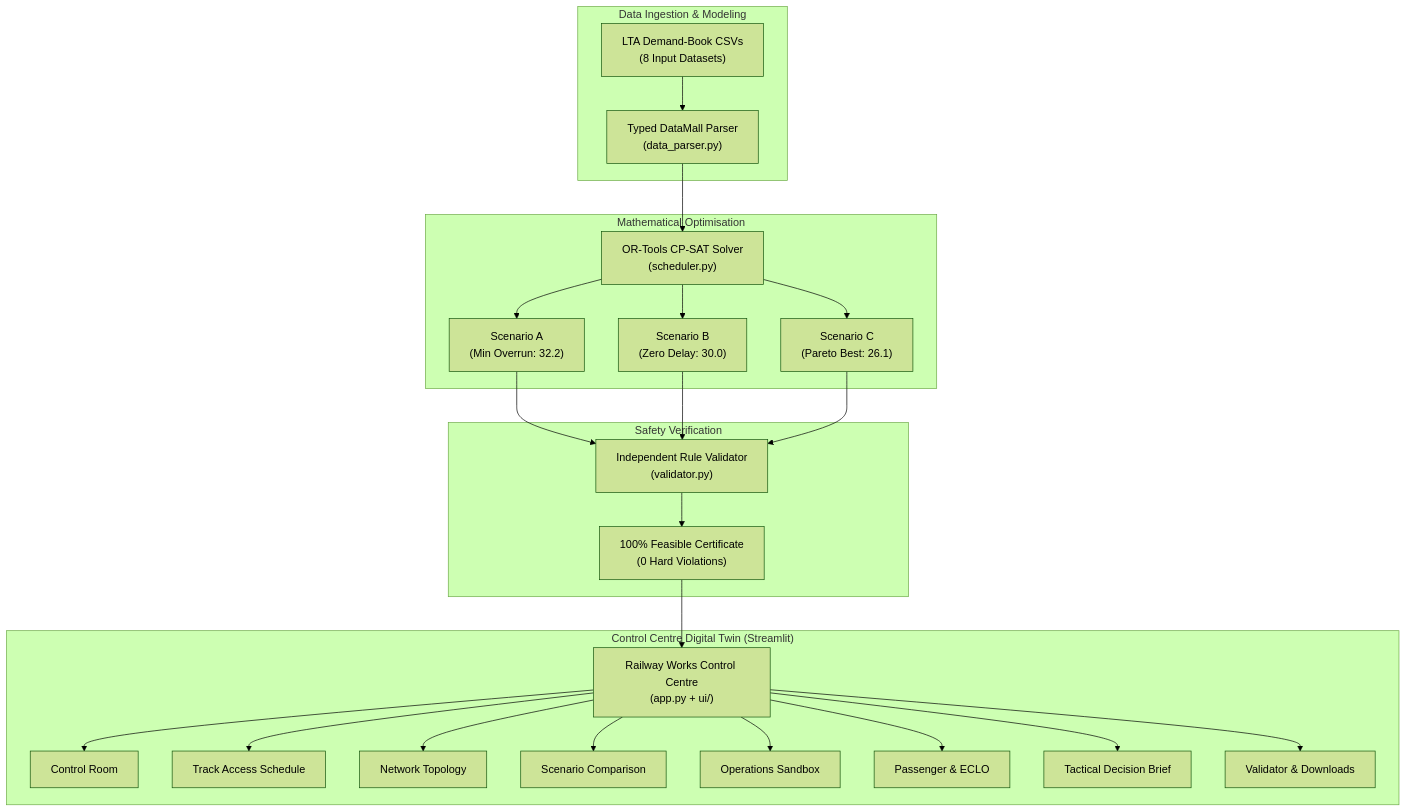
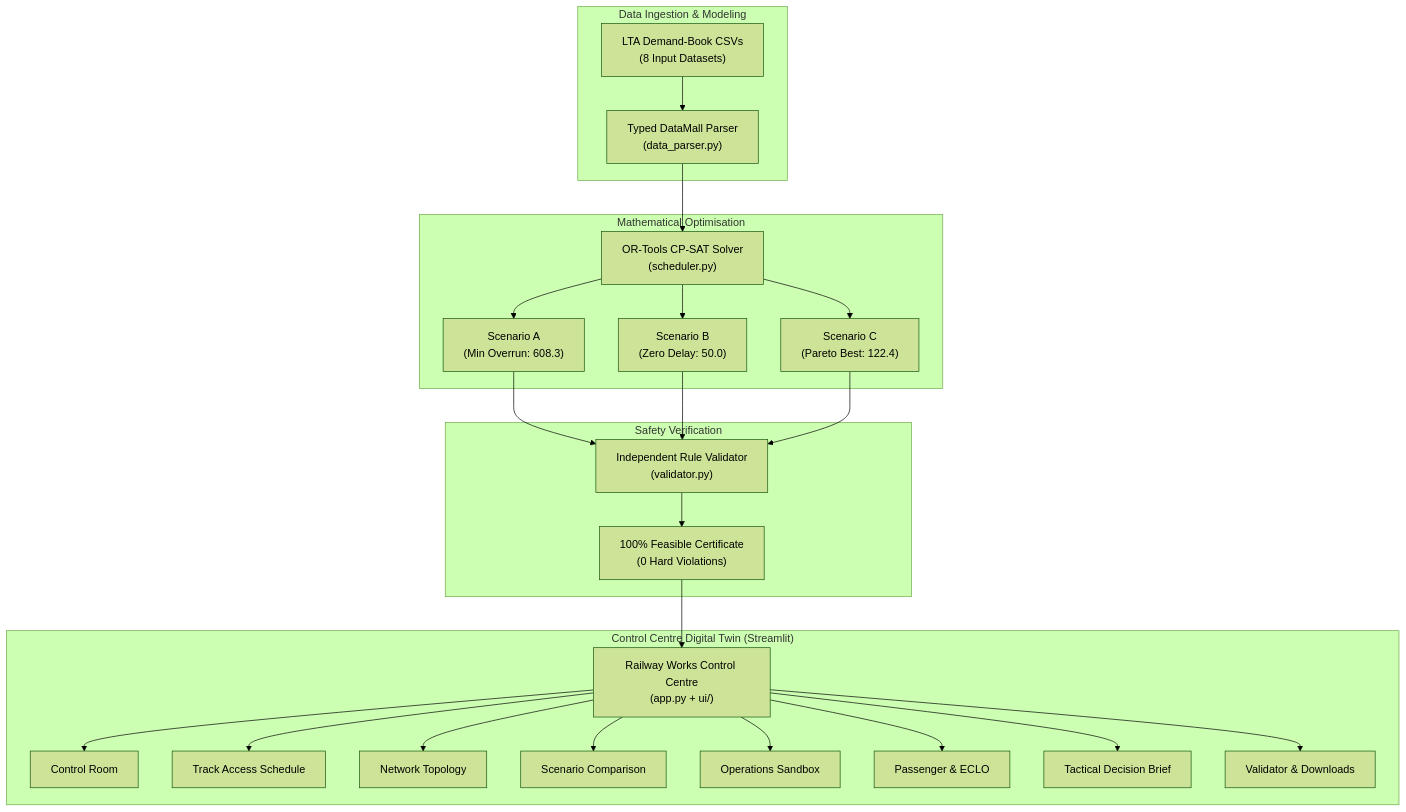
One commit to LinXiaoya0228/NebulaX-Top10 changed the diagram in README.md. Above: the diagram before and after it, drawn with Mermaid (forest theme). The commit also changed other lines of this file and 3 other files, not shown here.

````diff
--- a/README.md
+++ b/README.md
@@ -131,30 +131,30 @@
 ```mermaid
 flowchart TD
     subgraph Data Layer ["Data Ingestion & Modeling"]
         D["LTA Demand-Book CSVs<br/>(8 Input Datasets)"] --> P["Typed DataMall Parser<br/>(data_parser.py)"]
     end
 
     subgraph Optimization Engine ["Mathematical Optimisation"]
         P --> CP["OR-Tools CP-SAT Solver<br/>(scheduler.py)"]
-        CP --> S1["Scenario A<br/>(Min Overrun: 32.2)"]
-        CP --> S2["Scenario B<br/>(Zero Delay: 30.0)"]
-        CP --> S3["Scenario C<br/>(Pareto Best: 26.1)"]
+        CP --> S1["Scenario A<br/>(Min Overrun: 608.3)"]
+        CP --> S2["Scenario B<br/>(Zero Delay: 50.0)"]
+        CP --> S3["Scenario C<br/>(Pareto Best: 122.4)"]
     end
 
     subgraph Validation ["Safety Verification"]
         S1 & S2 & S3 --> VAL["Independent Rule Validator<br/>(validator.py)"]
         VAL --> AUD["100% Feasible Certificate<br/>(0 Hard Violations)"]
     end
 
     subgraph Operations Control ["Control Centre Digital Twin (Streamlit)"]
         AUD --> UI["Railway Works Control Centre<br/>(app.py + ui/)"]
         UI --> M1["Control Room"]
         UI --> M2["Track Access Schedule"]
         UI --> M3["Network Topology"]
         UI --> M4["Scenario Comparison"]
         UI --> M5["Operations Sandbox"]
         UI --> M6["Passenger & ECLO"]
         UI --> M7["Tactical Decision Brief"]
         UI --> M8["Validator & Downloads"]
     end
 ```
````
